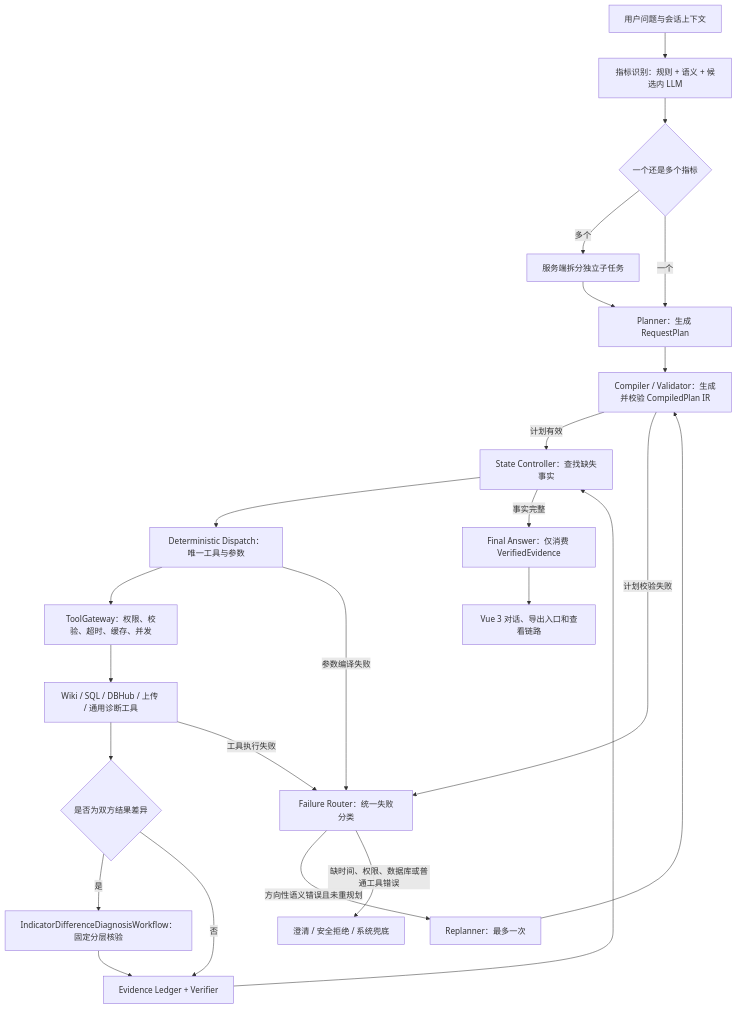
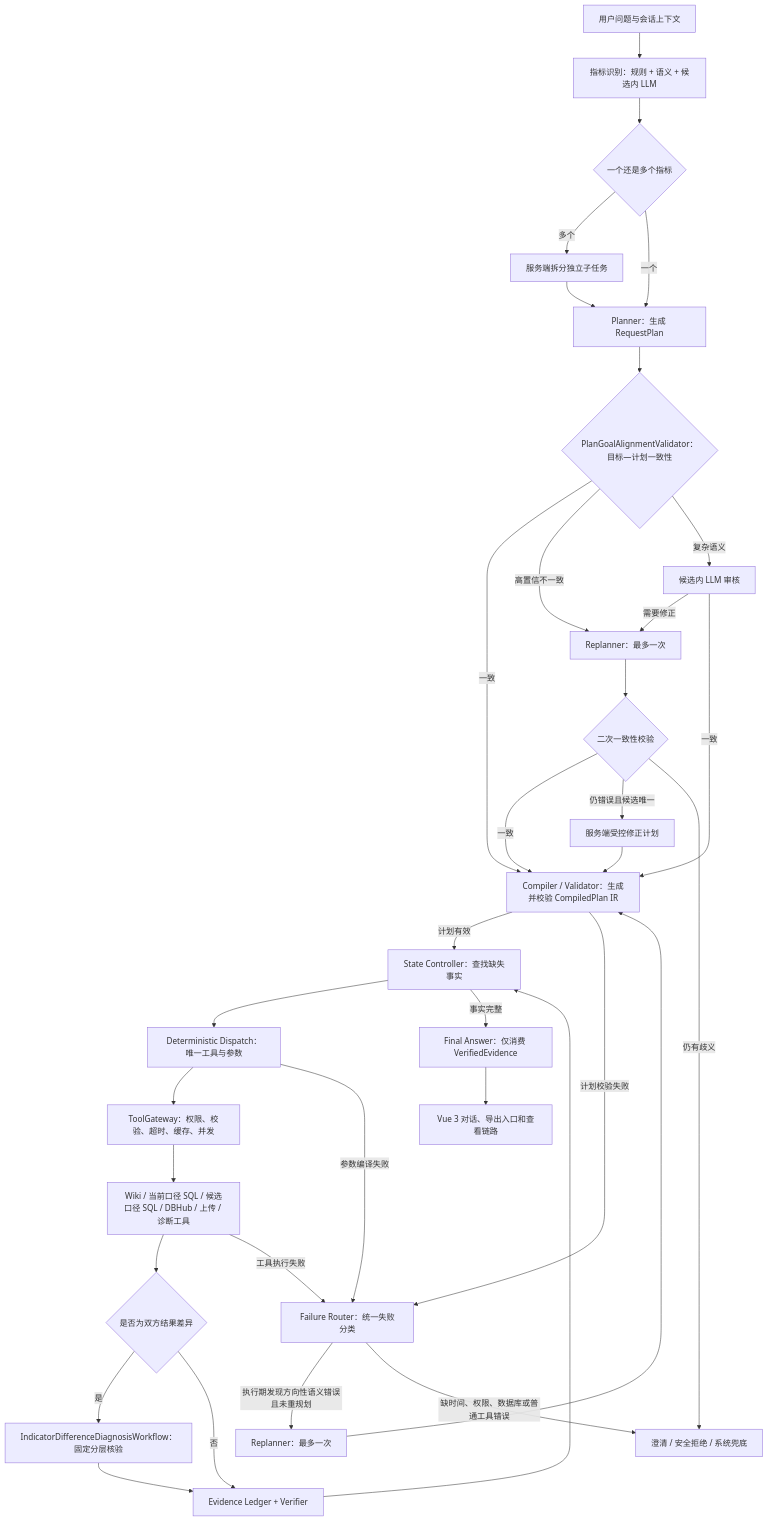
One commit to KK456701/wiki-project changed the diagram in README.md. Above: the diagram before and after it, drawn with Mermaid. The commit also changed other lines of this file and 41 other files, not shown here.

````diff
--- a/README.md
+++ b/README.md
@@ -40,26 +42,36 @@
 ```mermaid
 flowchart TD
     U["用户问题与会话上下文"] --> R["指标识别：规则 + 语义 + 候选内 LLM"]
     R --> S{"一个还是多个指标"}
     S -->|多个| C["服务端拆分独立子任务"]
     S -->|一个| P["Planner：生成 RequestPlan"]
     C --> P
-    P --> IR["Compiler / Validator：生成并校验 CompiledPlan IR"]
+    P --> A{"PlanGoalAlignmentValidator：目标—计划一致性"}
+    A -->|一致| IR["Compiler / Validator：生成并校验 CompiledPlan IR"]
+    A -->|高置信不一致| RP0["Replanner：最多一次"]
+    A -->|复杂语义| AR["候选内 LLM 审核"]
+    AR -->|需要修正| RP0
+    AR -->|一致| IR
+    RP0 --> A2{"二次一致性校验"}
+    A2 -->|一致| IR
+    A2 -->|仍错误且候选唯一| DF["服务端受控修正计划"]
+    DF --> IR
+    A2 -->|仍有歧义| FB
     IR -->|计划有效| SC["State Controller：查找缺失事实"]
     IR -->|计划校验失败| FR["Failure Router：统一失败分类"]
     SC --> D["Deterministic Dispatch：唯一工具与参数"]
     D --> G["ToolGateway：权限、校验、超时、缓存、并发"]
-    G --> T["Wiki / SQL / DBHub / 上传 / 通用诊断工具"]
+    G --> T["Wiki / 当前口径 SQL / 候选口径 SQL / DBHub / 上传 / 诊断工具"]
     T --> W{"是否为双方结果差异"}
     W -->|是| DW["IndicatorDifferenceDiagnosisWorkflow：固定分层核验"]
     W -->|否| E["Evidence Ledger + Verifier"]
     DW --> E
     E --> SC
     D -->|参数编译失败| FR
     T -->|工具执行失败| FR
-    FR -->|方向性语义错误且未重规划| RP["Replanner：最多一次"]
+    FR -->|执行期发现方向性语义错误且未重规划| RP["Replanner：最多一次"]
     RP --> IR
     FR -->|缺时间、权限、数据库或普通工具错误| FB["澄清 / 安全拒绝 / 系统兜底"]
     SC -->|事实完整| F["Final Answer：仅消费 VerifiedEvidence"]
     F --> V["Vue 3 对话、导出入口和查看链路"]
 ```
````
